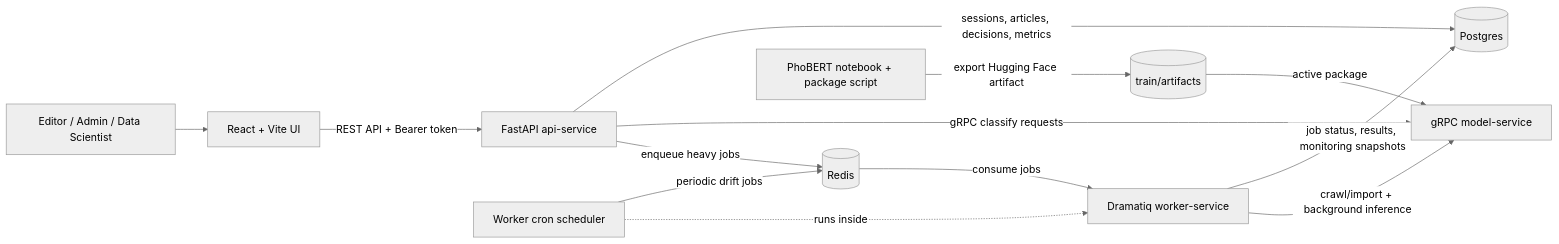
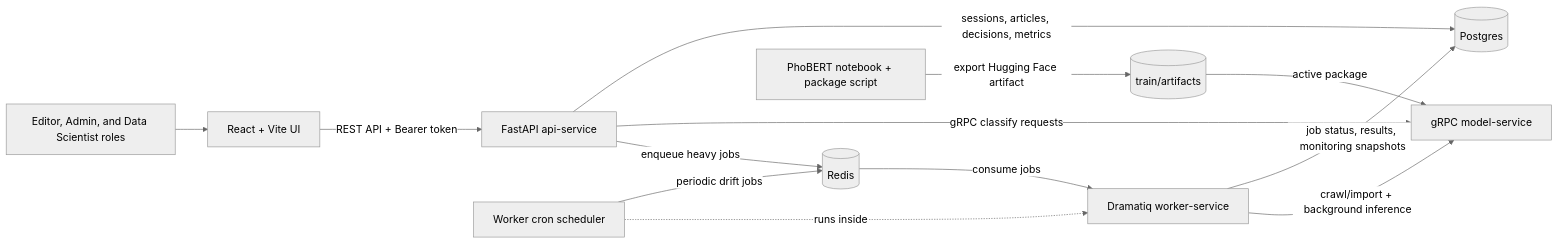
Before and after one commit to dathuynh1108/phobert-news-classification-app: the diagram in README.md, drawn with Mermaid (neutral theme). The commit also changed other lines of this file and 27 other files, not shown here.

Commit message:
Wire model artifact metadata and RBAC UI flows

````diff
--- a/README.md
+++ b/README.md
@@ -23,19 +23,19 @@
 ```mermaid
 flowchart LR
-    user[Editor / Admin / Data Scientist] --> ui[React + Vite UI]
+    user[Editor, Admin, and Data Scientist roles] --> ui[React + Vite UI]
     ui -->|REST API + Bearer token| api[FastAPI api-service]
 
     api -->|sessions, articles, decisions, metrics| db[(Postgres)]
     api -->|gRPC classify requests| model[gRPC model-service]
     api -->|enqueue heavy jobs| redis[(Redis)]
 
     redis -->|consume jobs| worker[Dramatiq worker-service]
     worker -->|job status, results, monitoring snapshots| db
     worker -->|crawl/import + background inference| model
 
     scheduler[Worker cron scheduler] -->|periodic drift jobs| redis
     scheduler -. runs inside .-> worker
 
     train[PhoBERT notebook + package script] -->|export Hugging Face artifact| artifacts[(train/artifacts)]
     artifacts -->|active package| model
 ```
````
